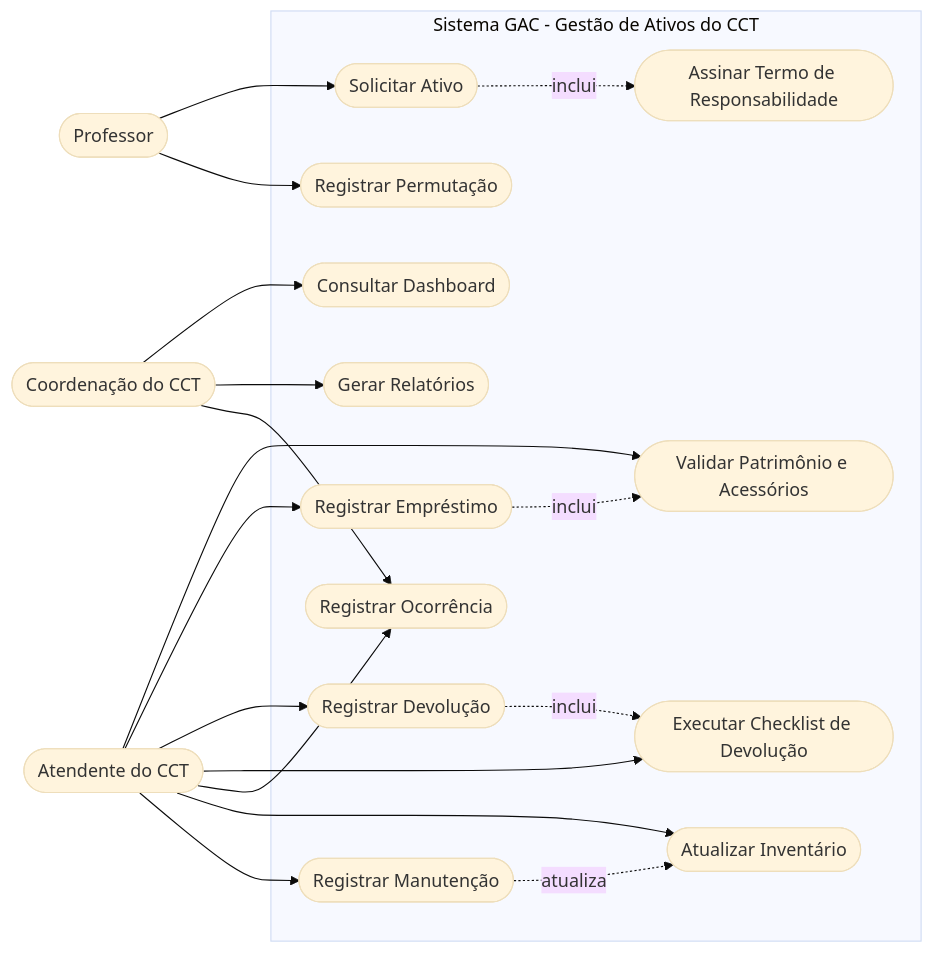
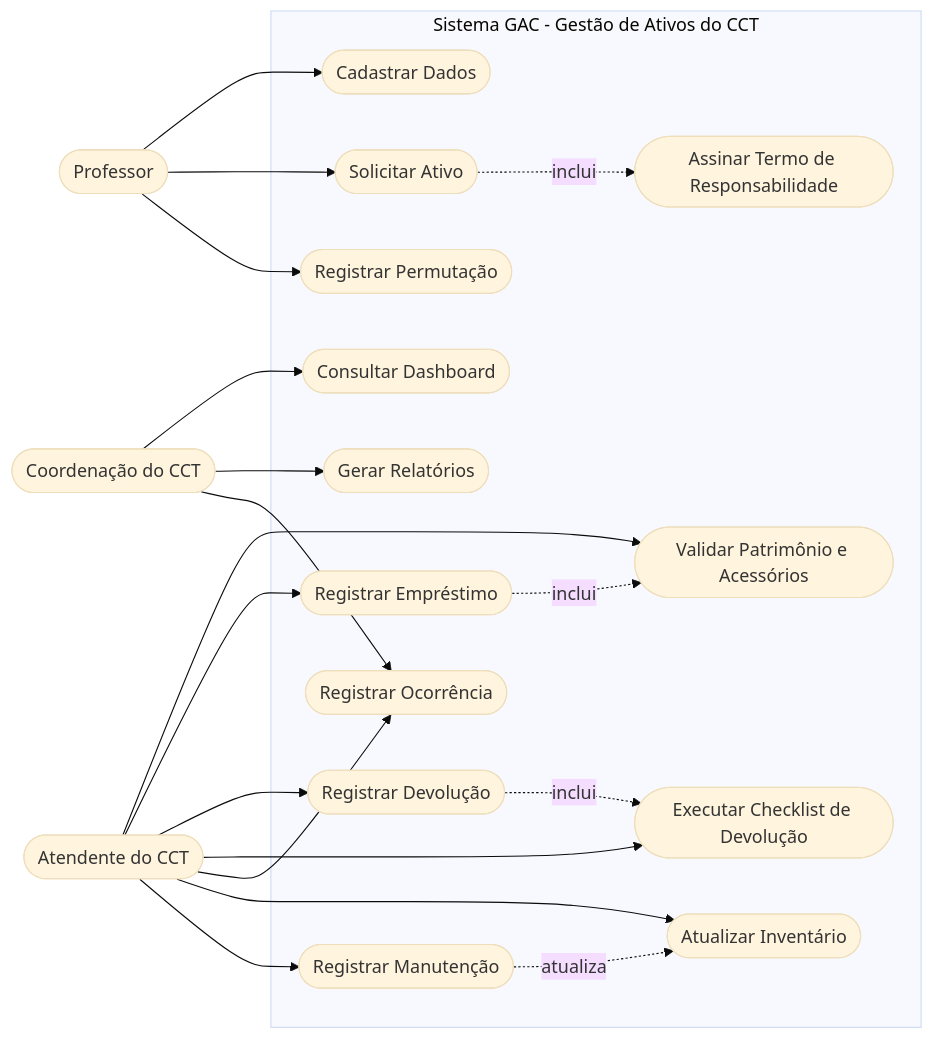
Before and after one commit to wanessadev/requisitos-2026--GAC--manitos: the first of 4 diagrams in Nova pasta/visao-demanda-gac.md, drawn with Mermaid (base theme). The commit also changed other lines of this file, not shown here.

````diff
--- a/Nova pasta/visao-demanda-gac.md
+++ b/Nova pasta/visao-demanda-gac.md
@@ -260,39 +271,41 @@
 ```mermaid
 flowchart LR
   P(["Professor"])
   A(["Atendente do CCT"])
   C(["Coordenação do CCT"])
 
   subgraph GAC["Sistema GAC - Gestão de Ativos do CCT"]
-    UC1(["Solicitar Ativo"])
-    UC2(["Validar Patrimônio e Acessórios"])
-    UC3(["Assinar Termo de Responsabilidade"])
-    UC4(["Registrar Empréstimo"])
-    UC5(["Registrar Devolução"])
-    UC6(["Executar Checklist de Devolução"])
-    UC7(["Registrar Permutação"])
-    UC8(["Registrar Ocorrência"])
-    UC9(["Atualizar Inventário"])
-    UC10(["Consultar Dashboard"])
-    UC11(["Gerar Relatórios"])
-    UC12(["Registrar Manutenção"])
+    UC1(["Cadastrar Dados"])
+    UC2(["Solicitar Ativo"])
+    UC3(["Validar Patrimônio e Acessórios"])
+    UC4(["Assinar Termo de Responsabilidade"])
+    UC5(["Registrar Empréstimo"])
+    UC6(["Registrar Devolução"])
+    UC7(["Executar Checklist de Devolução"])
+    UC8(["Registrar Permutação"])
+    UC9(["Registrar Ocorrência"])
+    UC10(["Atualizar Inventário"])
+    UC11(["Consultar Dashboard"])
+    UC12(["Gerar Relatórios"])
+    UC13(["Registrar Manutenção"])
   end
 
   P --> UC1
-  P --> UC7
-  A --> UC2
-  A --> UC4
+  P --> UC2
+  P --> UC8
+  A --> UC3
   A --> UC5
   A --> UC6
-  A --> UC8
+  A --> UC7
   A --> UC9
-  A --> UC12
-  C --> UC10
+  A --> UC10
+  A --> UC13
   C --> UC11
-  C --> UC8
+  C --> UC12
+  C --> UC9
 
-  UC1 -. inclui .-> UC3
-  UC4 -. inclui .-> UC2
-  UC5 -. inclui .-> UC6
-  UC12 -. atualiza .-> UC9
+  UC2 -. inclui .-> UC4
+  UC5 -. inclui .-> UC3
+  UC6 -. inclui .-> UC7
+  UC13 -. atualiza .-> UC10
 ```
````
